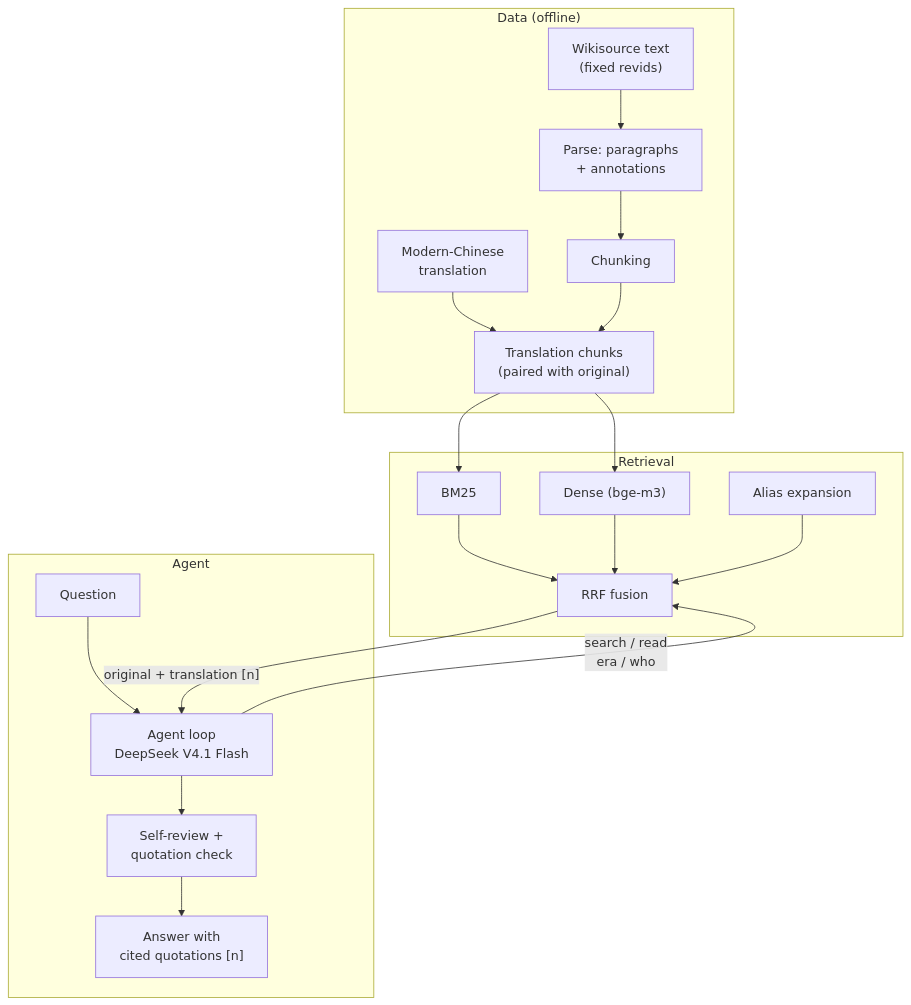
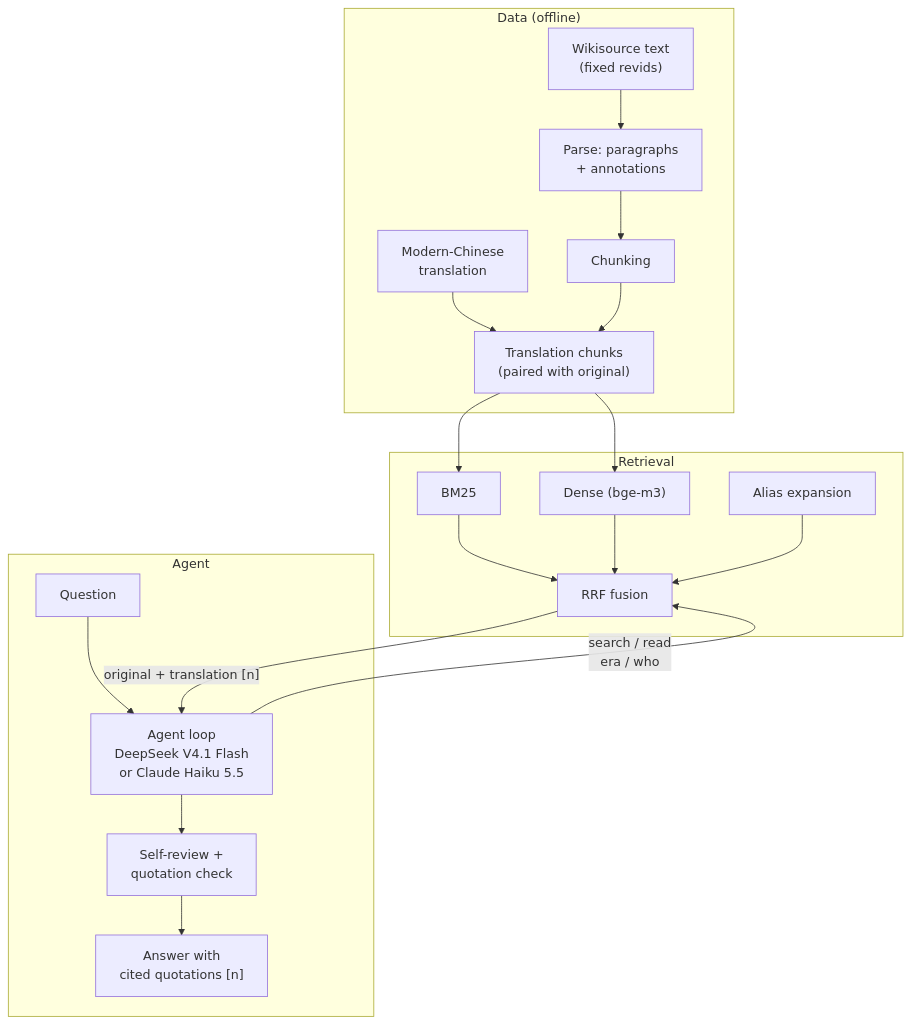
One commit to DynHelium/sanguozhi-rag changed the diagram in README.md. Above: the diagram before and after it, drawn with Mermaid. The commit also changed other lines of this file and 28 other files, not shown here.

First line of the commit message:
支持两种大模型后端：默认 DeepSeek V4.1 Flash（OpenRouter），也可用 Claude Haiku 5.5（Claude 原生接口，LLM_BACKEND=anthropic，rag/claude_llm.py）；拼音人名查询（who 认拼音和威妥玛拼法、列出同音者，英文问题里的拼音人名由代码先查）；其他史书和小说里的叫法（data/aliases_extra.json）；汇总题搜索门槛 3 次；“” 里的文言也核对；英文题 103 道；README 加两种后端对照

````diff
--- a/README.md
+++ b/README.md
@@ -174,23 +188,23 @@
 ```mermaid
 flowchart TB
     subgraph data["Data (offline)"]
         W["Wikisource text<br/>(fixed revids)"] --> P["Parse: paragraphs<br/>+ annotations"]
         P --> C["Chunking"]
         T["Modern-Chinese<br/>translation"] --> TC["Translation chunks<br/>(paired with original)"]
         C --> TC
     end
     subgraph retrieval["Retrieval"]
         B["BM25"] --> F["RRF fusion"]
         D["Dense (bge-m3)"] --> F
         E["Alias expansion"] --> F
     end
     subgraph agent["Agent"]
-        Q["Question"] --> L["Agent loop<br/>DeepSeek V4.1 Flash"]
+        Q["Question"] --> L["Agent loop<br/>DeepSeek V4.1 Flash<br/>or Claude Haiku 5.5"]
         L --> R["Self-review +<br/>quotation check"]
         R --> O["Answer with<br/>cited quotations [n]"]
     end
     TC --> B
     TC --> D
     L -- "search / read<br/>era / who" --> F
     F -- "original + translation [n]" --> L
 ```
````
